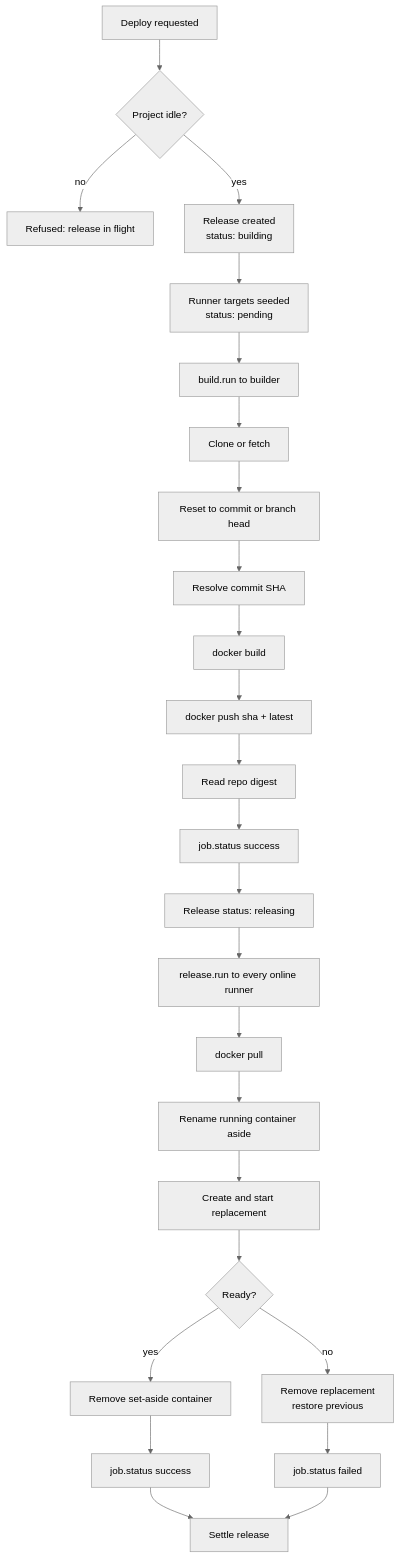
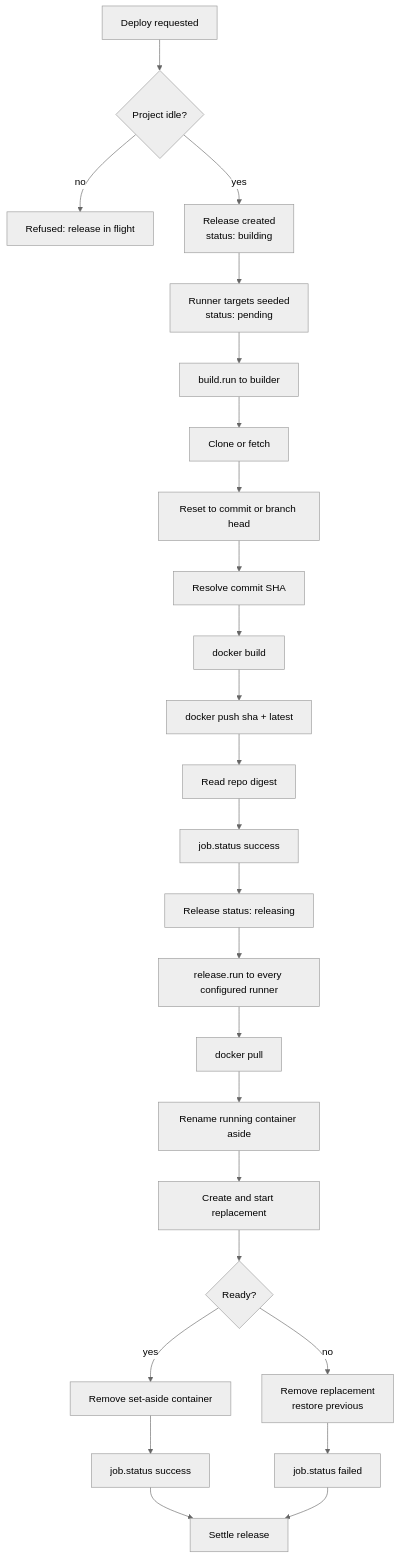
The first of 2 diagrams in docs/deployments.md (mustafanass/uruflow), drawn with Mermaid (neutral theme) before and after one commit. The commit also changed other lines of this file and 68 other files, not shown here.

````diff
--- a/docs/deployments.md
+++ b/docs/deployments.md
@@ -27,29 +28,29 @@
 ```mermaid
 flowchart TD
     REQ[Deploy requested] --> IDLE{Project idle?}
     IDLE -- no --> REJ[Refused: release in flight]
     IDLE -- yes --> CREATE[Release created<br/>status: building]
     CREATE --> SEED[Runner targets seeded<br/>status: pending]
     SEED --> DISPATCH[build.run to builder]
 
     DISPATCH --> CLONE[Clone or fetch]
     CLONE --> CHECKOUT[Reset to commit or branch head]
     CHECKOUT --> RESOLVE[Resolve commit SHA]
     RESOLVE --> BUILD[docker build]
     BUILD --> PUSH[docker push sha + latest]
     PUSH --> DIGEST[Read repo digest]
     DIGEST --> BOK[job.status success]
 
     BOK --> RELEASING[Release status: releasing]
-    RELEASING --> FANOUT[release.run to every online runner]
+    RELEASING --> FANOUT[release.run to every configured runner]
     FANOUT --> PULL[docker pull]
     PULL --> ASIDE[Rename running container aside]
     ASIDE --> START[Create and start replacement]
     START --> READY{Ready?}
     READY -- yes --> COMMIT[Remove set-aside container]
     READY -- no --> RESTORE[Remove replacement<br/>restore previous]
     COMMIT --> TOK[job.status success]
     RESTORE --> TFAIL[job.status failed]
     TOK --> SETTLE[Settle release]
     TFAIL --> SETTLE
 ```
````
